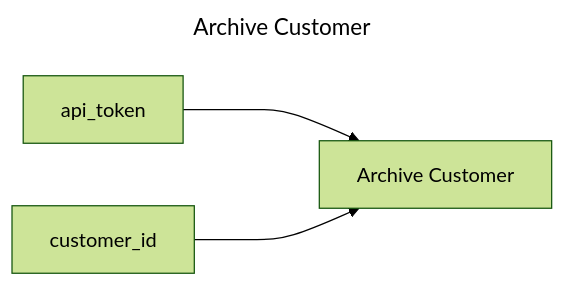
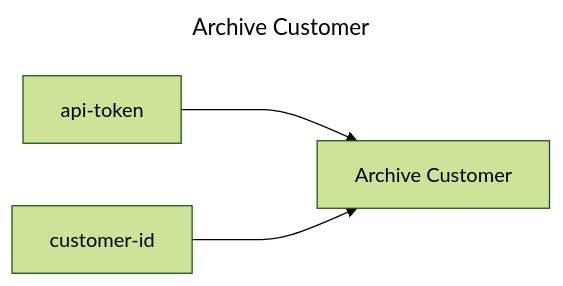
Before and after one commit to replicatedhq/replicated-actions: the diagram in archive-customer/README.md, drawn with Mermaid (forest theme). The commit also changed 12 other files, not shown here.

````diff
--- a/archive-customer/README.md
+++ b/archive-customer/README.md
@@ -3,9 +3,11 @@
 ```mermaid
 ---
 title: Archive Customer
 ---
 graph LR
 archive_customer["Archive Customer"]
+api_token["api-token"]
+customer_id["customer-id"]
 api_token ---> archive_customer
 customer_id ---> archive_customer
 ```
````
